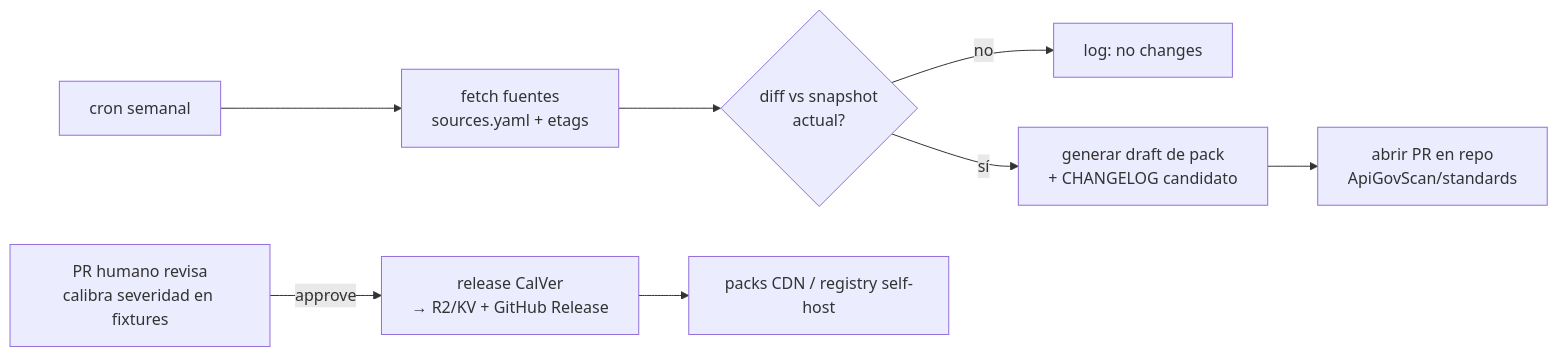
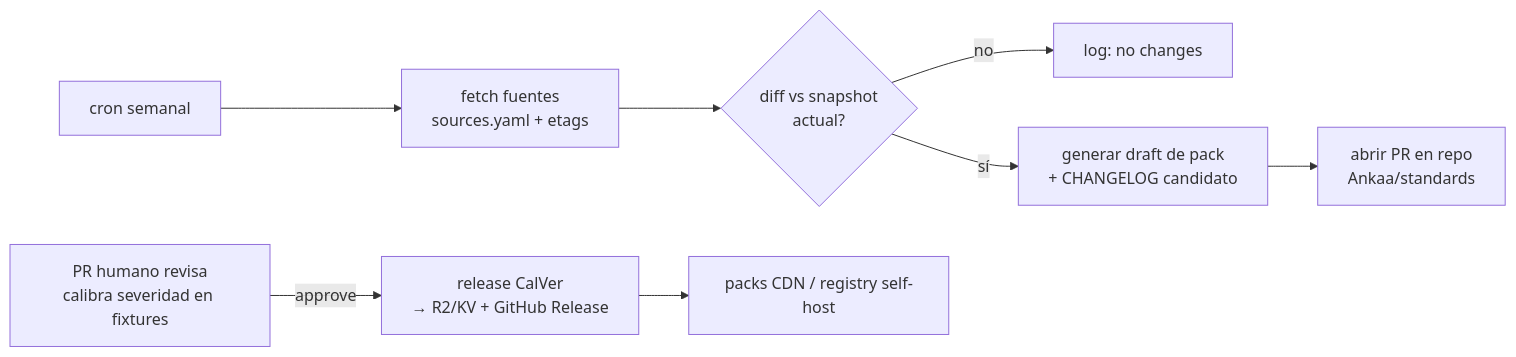
One commit to fedesauzzadev/Ankaa changed the diagram in docs/04-estandares.md. Above: the diagram before and after it, drawn with Mermaid. The commit also changed other lines of this file and 23 other files, not shown here.

````diff
--- a/docs/04-estandares.md
+++ b/docs/04-estandares.md
@@ -122,10 +122,10 @@
 ```mermaid
 flowchart LR
     CRON["cron semanal"] --> FETCH["fetch fuentes<br/>sources.yaml + etags"]
     FETCH --> DIFF{"diff vs snapshot<br/>actual?"}
     DIFF -->|no| SKIP["log: no changes"]
     DIFF -->|sí| DRAFT["generar draft de pack<br/>+ CHANGELOG candidato"]
-    DRAFT --> OPEN["abrir PR en repo<br/>ApiGovScan/standards"]
+    DRAFT --> OPEN["abrir PR en repo<br/>Ankaa/standards"]
     PR["PR humano revisa<br/>calibra severidad en fixtures"] -->|approve| REL["release CalVer<br/>→ R2/KV + GitHub Release"]
     REL --> CDN["packs CDN / registry self-host"]
 ```
````
